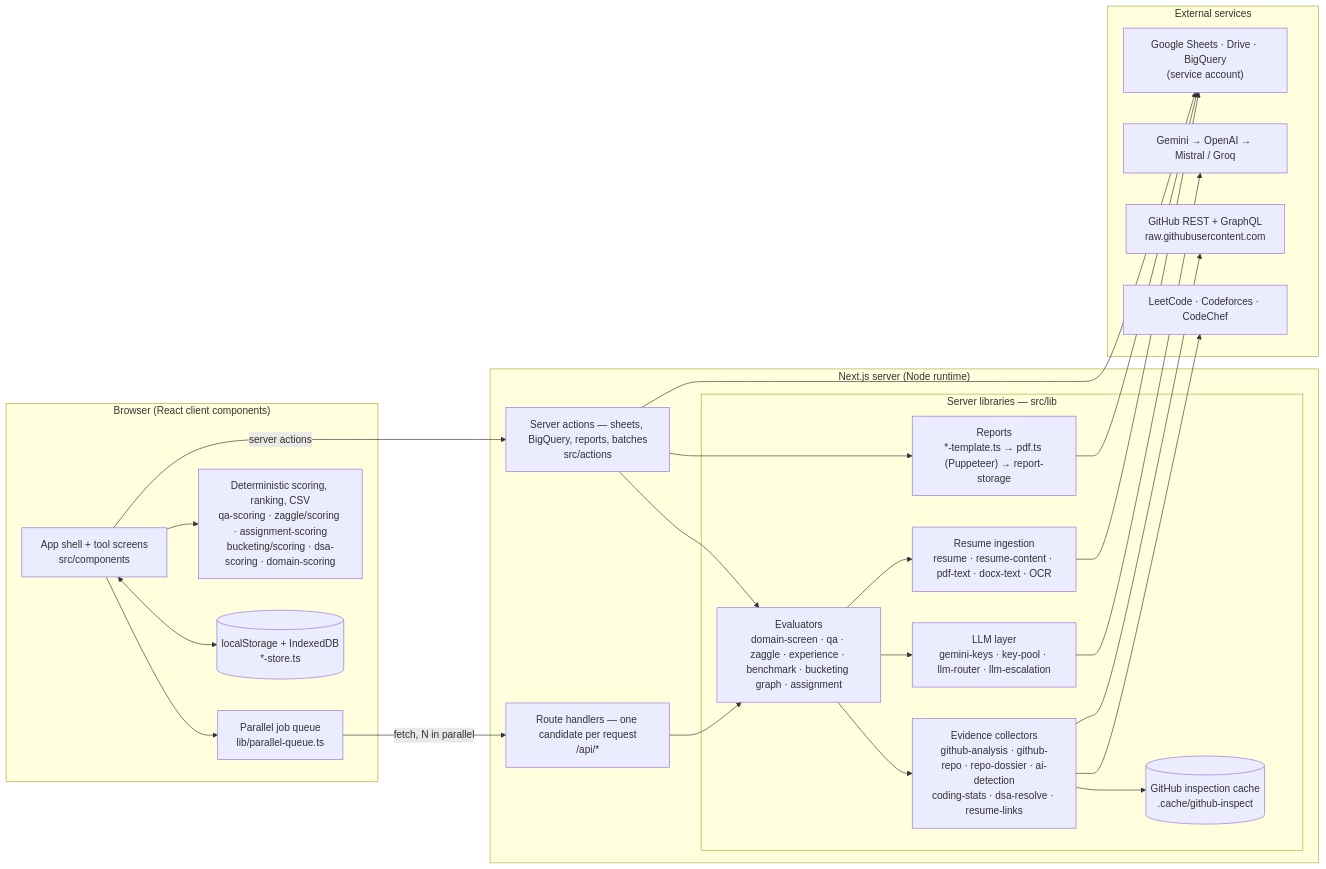
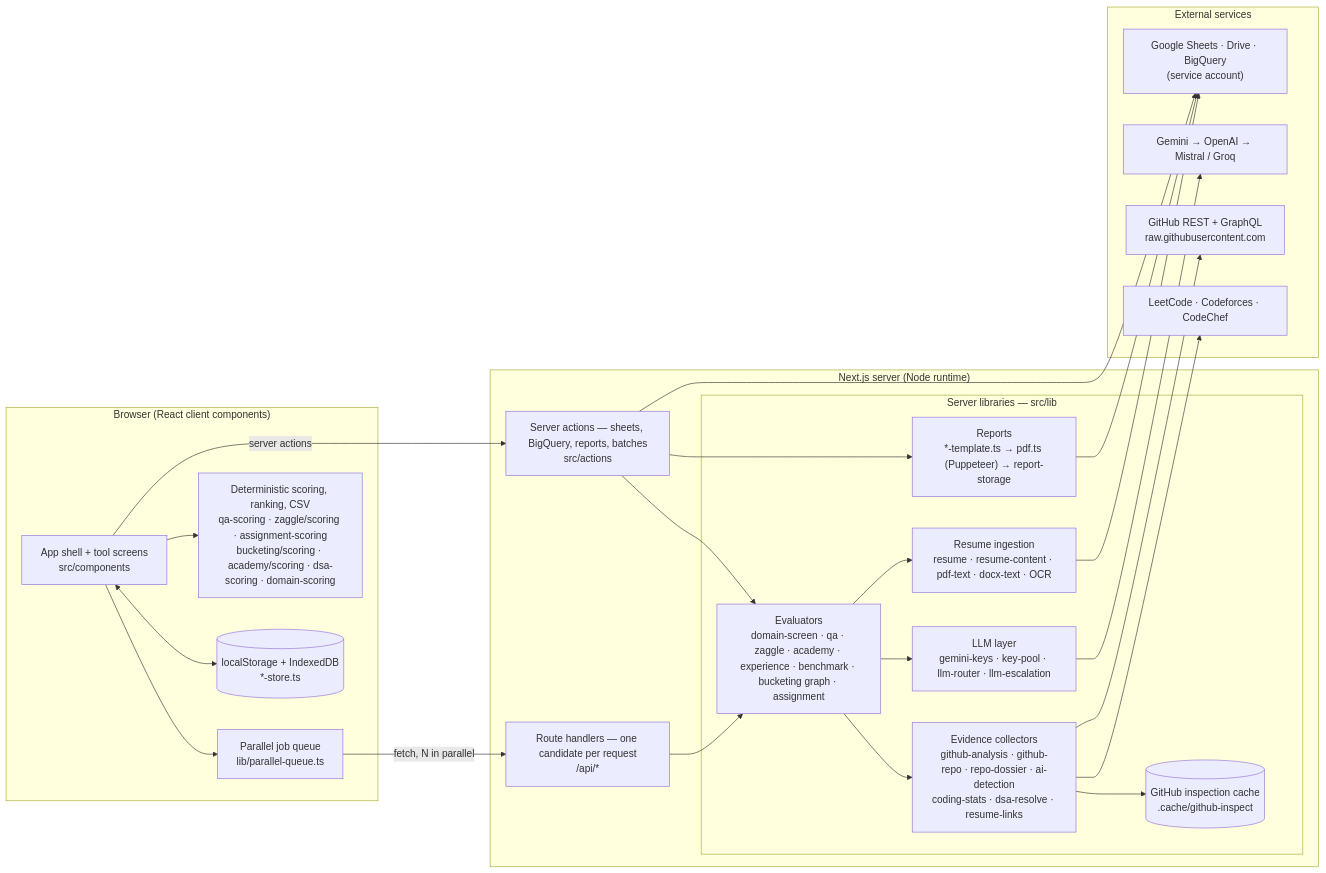
The diagram in README.md (Hemanthsure123/PSM_CONSOLIDATION), drawn with Mermaid before and after one commit. The commit also changed other lines of this file and 88 other files, not shown here.

````diff
--- a/README.md
+++ b/README.md
@@ -42,48 +46,48 @@
 ```mermaid
 flowchart LR
   subgraph Browser["Browser (React client components)"]
     UI["App shell + tool screens<br/>src/components"]
     Q["Parallel job queue<br/>lib/parallel-queue.ts"]
-    SC["Deterministic scoring, ranking, CSV<br/>qa-scoring · zaggle/scoring · assignment-scoring<br/>bucketing/scoring · dsa-scoring · domain-scoring"]
+    SC["Deterministic scoring, ranking, CSV<br/>qa-scoring · zaggle/scoring · assignment-scoring<br/>bucketing/scoring · academy/scoring · dsa-scoring · domain-scoring"]
     ST[("localStorage + IndexedDB<br/>*-store.ts")]
     UI --> Q
     UI --> SC
     UI <--> ST
   end
 
   subgraph Server["Next.js server (Node runtime)"]
     RH["Route handlers — one candidate per request<br/>/api/*"]
     SA["Server actions — sheets, BigQuery, reports, batches<br/>src/actions"]
     subgraph Core["Server libraries — src/lib"]
       RI["Resume ingestion<br/>resume · resume-content · pdf-text · docx-text · OCR"]
-      EV["Evaluators<br/>domain-screen · qa · zaggle · experience · benchmark · bucketing graph · assignment"]
+      EV["Evaluators<br/>domain-screen · qa · zaggle · academy · experience · benchmark · bucketing graph · assignment"]
       LLM["LLM layer<br/>gemini-keys · key-pool · llm-router · llm-escalation"]
       EVD["Evidence collectors<br/>github-analysis · github-repo · repo-dossier · ai-detection<br/>coding-stats · dsa-resolve · resume-links"]
       RP["Reports<br/>*-template.ts → pdf.ts (Puppeteer) → report-storage"]
       CA[("GitHub inspection cache<br/>.cache/github-inspect")]
     end
     RH --> EV
     SA --> EV
     SA --> RP
     EV --> RI
     EV --> LLM
     EV --> EVD
     EVD --> CA
   end
 
   Q -- "fetch, N in parallel" --> RH
   UI -- "server actions" --> SA
 
   subgraph Ext["External services"]
     G["Google Sheets · Drive · BigQuery<br/>(service account)"]
     AI["Gemini → OpenAI → Mistral / Groq"]
     GH["GitHub REST + GraphQL<br/>raw.githubusercontent.com"]
     CP["LeetCode · Codeforces · CodeChef"]
   end
   RI --> G
   SA --> G
   RP --> G
   LLM --> AI
   EVD --> GH
   EVD --> CP
 ```
````
